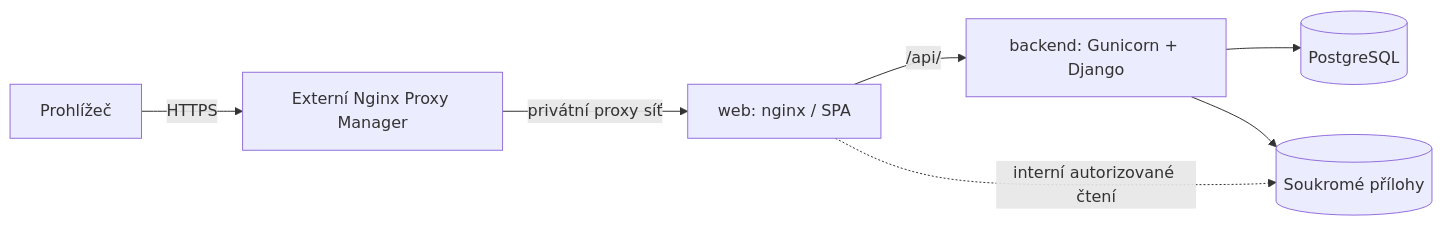
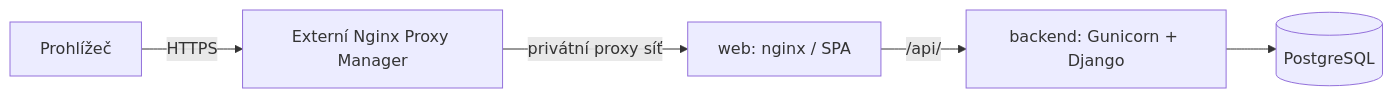
The diagram in docs/ARCHITECTURE.md (martinrybicka/tanklog-family), drawn with Mermaid before and after one commit. The commit also changed other lines of this file and 88 other files, not shown here.

````diff
--- a/docs/ARCHITECTURE.md
+++ b/docs/ARCHITECTURE.md
@@ -71,9 +71,7 @@
 ```mermaid
 flowchart LR
   B[Prohlížeč] -->|HTTPS| NPM[Externí Nginx Proxy Manager]
   NPM -->|privátní proxy síť| W[web: nginx / SPA]
   W -->|/api/| A[backend: Gunicorn + Django]
   A --> DB[(PostgreSQL)]
-  A --> M[(Soukromé přílohy)]
-  W -. interní autorizované čtení .-> M
 ```
````
